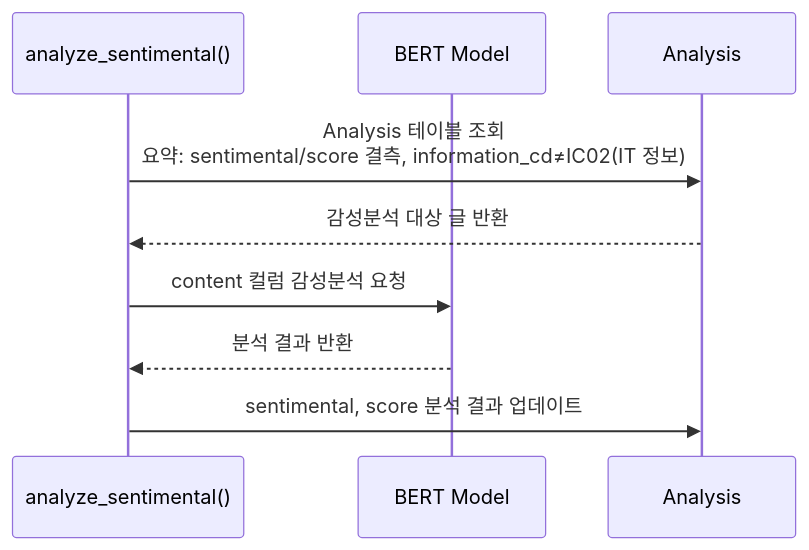
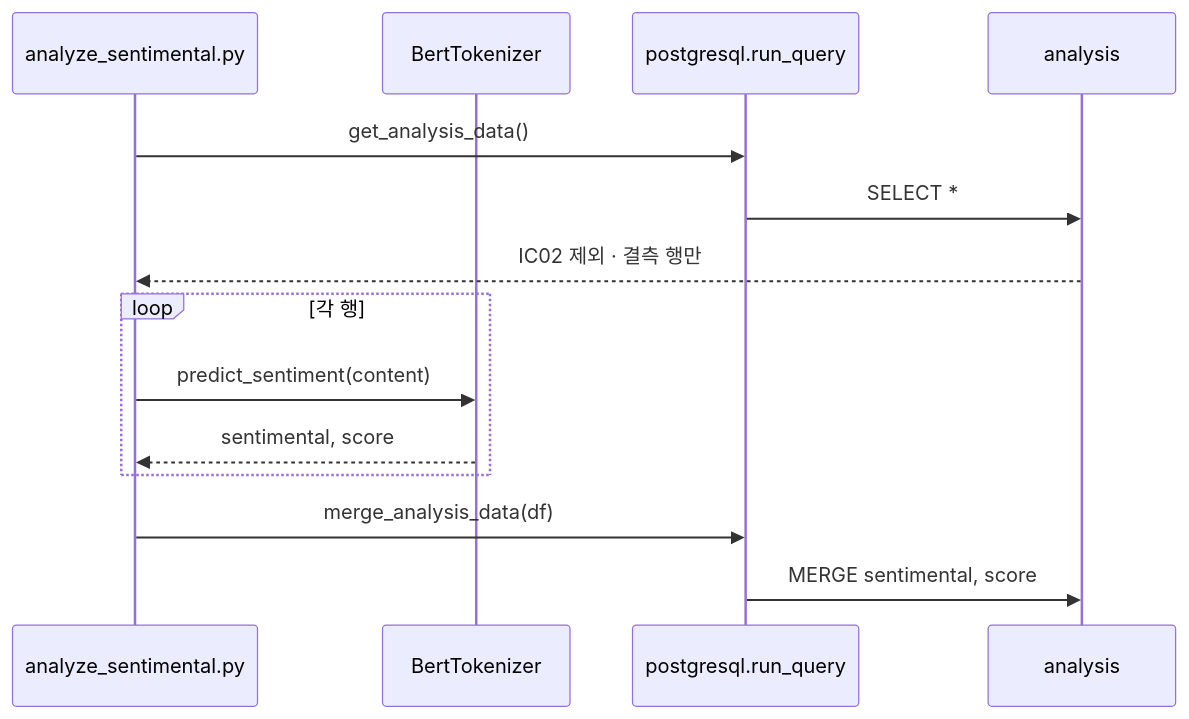
The fifth of 6 diagrams in ai/post_analysis/docs/design.md (SKN-27th-FitLog/SK-Connect), drawn with Mermaid before and after one commit. The commit also changed other lines of this file and 7 other files, not shown here.

````diff
--- a/ai/post_analysis/docs/design.md
+++ b/ai/post_analysis/docs/design.md
@@ -50,14 +231,19 @@
 ```mermaid
- sequenceDiagram
-    participant Func as analyze_sentimental()
-    participant BERT as BERT Model
-    participant DB as Analysis
+sequenceDiagram
+    participant Script as analyze_sentimental.py
+    participant BT as BertTokenizer
+    participant RQ as postgresql.run_query
+    participant An as analysis
 
-    Func->>DB: Analysis 테이블 조회<br/>요약: sentimental/score 결측, information_cd≠IC02(IT 정보)
-    DB-->>Func: 감성분석 대상 글 반환
+    Script->>RQ: get_analysis_data()
+    RQ->>An: SELECT *
+    An-->>Script: IC02 제외 · 결측 행만
 
-    Func->>BERT: content 컬럼 감성분석 요청
-    BERT-->>Func: 분석 결과 반환
+    loop 각 행
+        Script->>BT: predict_sentiment(content)
+        BT-->>Script: sentimental, score
+    end
 
-    Func->>DB: sentimental, score 분석 결과 업데이트 
+    Script->>RQ: merge_analysis_data(df)
+    RQ->>An: MERGE sentimental, score
 ```
````
